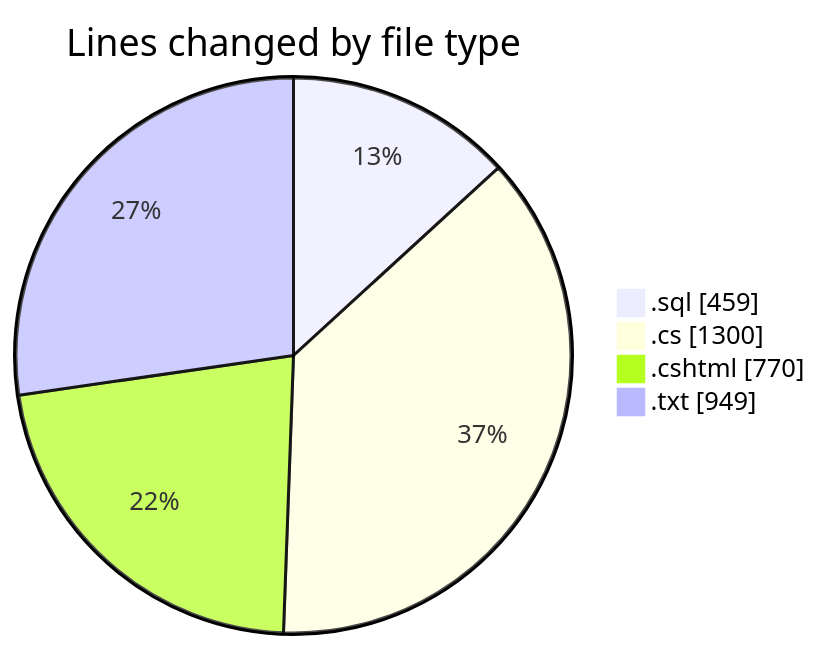
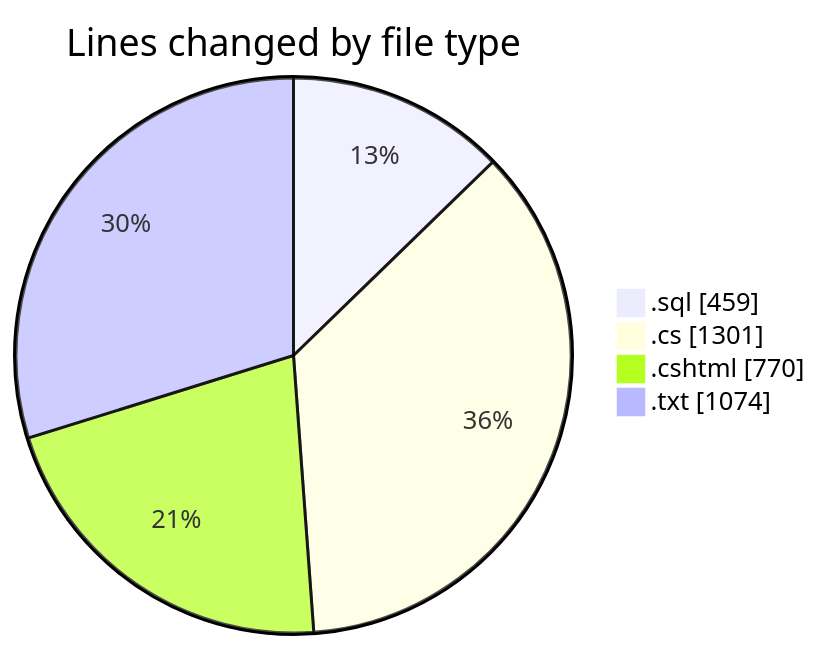
The first of 2 diagrams in 2025-07-23/quanlyrapchieuphim/README.md (lephambinh05/code-tracking), drawn with Mermaid before and after one commit. The commit also changed other lines of this file and 1 other file, not shown here.

````diff
--- a/2025-07-23/quanlyrapchieuphim/README.md
+++ b/2025-07-23/quanlyrapchieuphim/README.md
@@ -27,8 +27,8 @@
 ```mermaid
 pie showData
 title Lines changed by file type
 ".sql" : 459
-".cs" : 1300
+".cs" : 1301
 ".cshtml" : 770
-".txt" : 949
+".txt" : 1074
 ```
````
